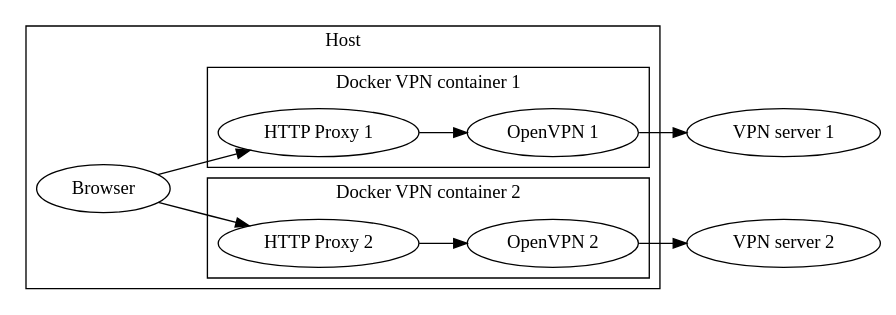
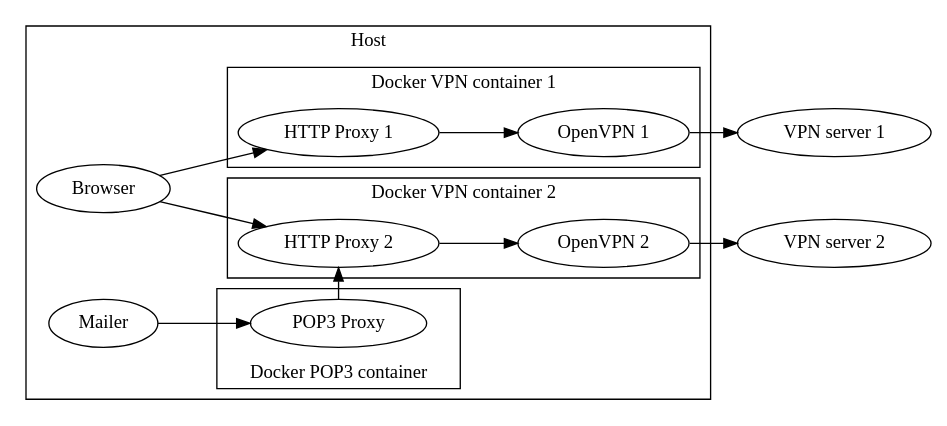
The diagram in doc/image/configuration_diagram.md (tksugimoto/docker-vpn-http-proxy), drawn with Graphviz before and after one commit. The commit also changed 1 other file, not shown here.

Commit message:
[Update] 構成図にPOP3 Serverを追加

````diff
--- a/doc/image/configuration_diagram.md
+++ b/doc/image/configuration_diagram.md
@@ -1,21 +1,34 @@
 ```graphviz
 digraph configuration_diagram {
     rankdir = LR
     "OpenVPN 1" -> "VPN server 1";
     "OpenVPN 2" -> "VPN server 2";
     subgraph cluster_host {
         rank_dir = same;
         label = "Host";
         Browser -> "HTTP Proxy 1";
         Browser -> "HTTP Proxy 2";
+        Mailer -> "POP3 Proxy";
         subgraph cluster_container_1 {
             label = "Docker VPN container 1";
             "HTTP Proxy 1" -> "OpenVPN 1";
         }
         subgraph cluster_container_2 {
             label = "Docker VPN container 2";
             "HTTP Proxy 2" -> "OpenVPN 2";
         }
+        subgraph cluster_container_2_pop3 {
+            label = "Docker POP3 container";
+            labelloc = b;
+            "POP3 Proxy" -> "HTTP Proxy 2";
+        }
+        newrank=true;
+        {
+            rank = same;
+            "HTTP Proxy 1";
+            "HTTP Proxy 2";
+            "POP3 Proxy";
+        }
     }
 }
 ```
````
